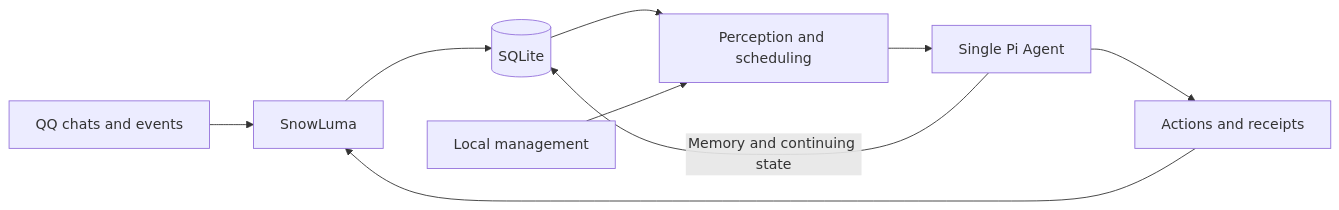
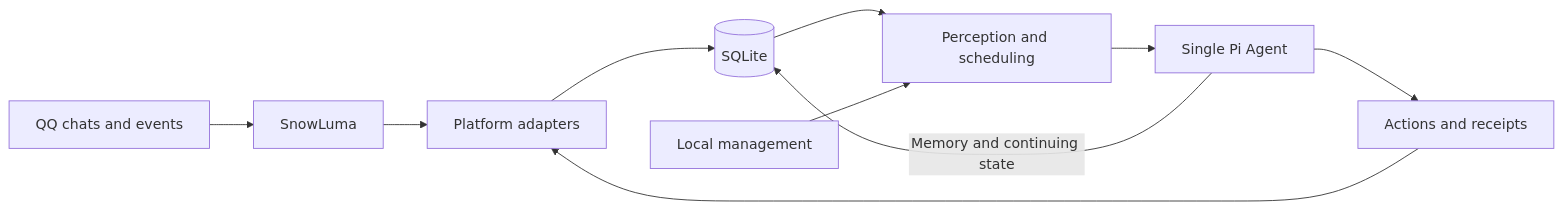
Before and after one commit to dixiatielu/Qiuyue-Digital-Life: the diagram in README.md, drawn with Mermaid. The commit also changed other lines of this file and 52 other files, not shown here.

Commit message:
feat: add native platform adapters backed by the SnowLuma SDK

````diff
--- a/README.md
+++ b/README.md
@@ -103,11 +112,12 @@
 ```mermaid
 flowchart LR
   QQ[QQ chats and events] --> SL[SnowLuma]
-  SL --> DB[(SQLite)]
+  SL --> AP[Platform adapters]
+  AP --> DB[(SQLite)]
   DB --> RT[Perception and scheduling]
   RT --> PI[Single Pi Agent]
   PI -->|Memory and continuing state| DB
   PI --> Tools[Actions and receipts]
-  Tools --> SL
+  Tools --> AP
   CLI[Local management] --> RT
 ```
````
